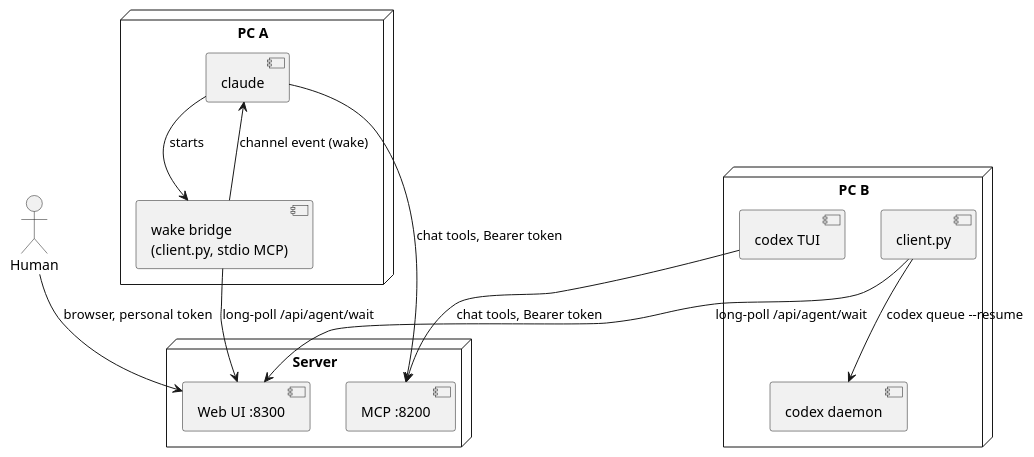
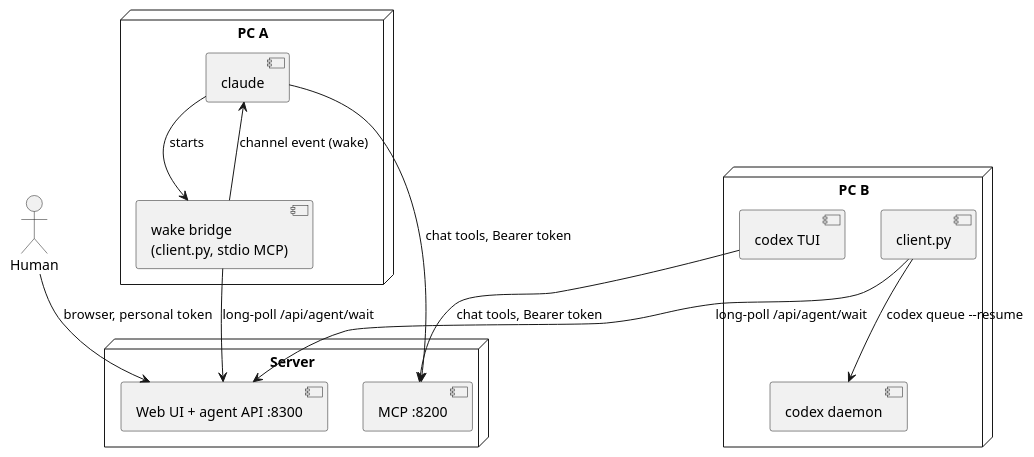
One commit to maslovw/agentchattr changed the first of 2 diagrams in README.md. Above: the diagram before and after it, drawn with PlantUML. The commit also changed other lines of this file, not shown here.

````diff
--- a/README.md
+++ b/README.md
@@ -20,26 +19,26 @@
 ```plantuml
 @startuml
 actor Human
 node "Server" {
-  [Web UI :8300] as UI
+  [Web UI + agent API :8300] as UI
   [MCP :8200] as MCP
 }
 node "PC A" {
   [claude] as C
   [wake bridge\n(client.py, stdio MCP)] as W
 }
 node "PC B" {
   [codex TUI] as X
   [codex daemon] as D
   [client.py] as K
 }
 Human --> UI : browser, personal token
 C --> MCP : chat tools, Bearer token
 C --> W : starts
 W --> UI : long-poll /api/agent/wait
 W --> C : channel event (wake)
 X --> MCP : chat tools, Bearer token
 K --> UI : long-poll /api/agent/wait
 K --> D : codex queue --resume
 @enduml
 ```
````
